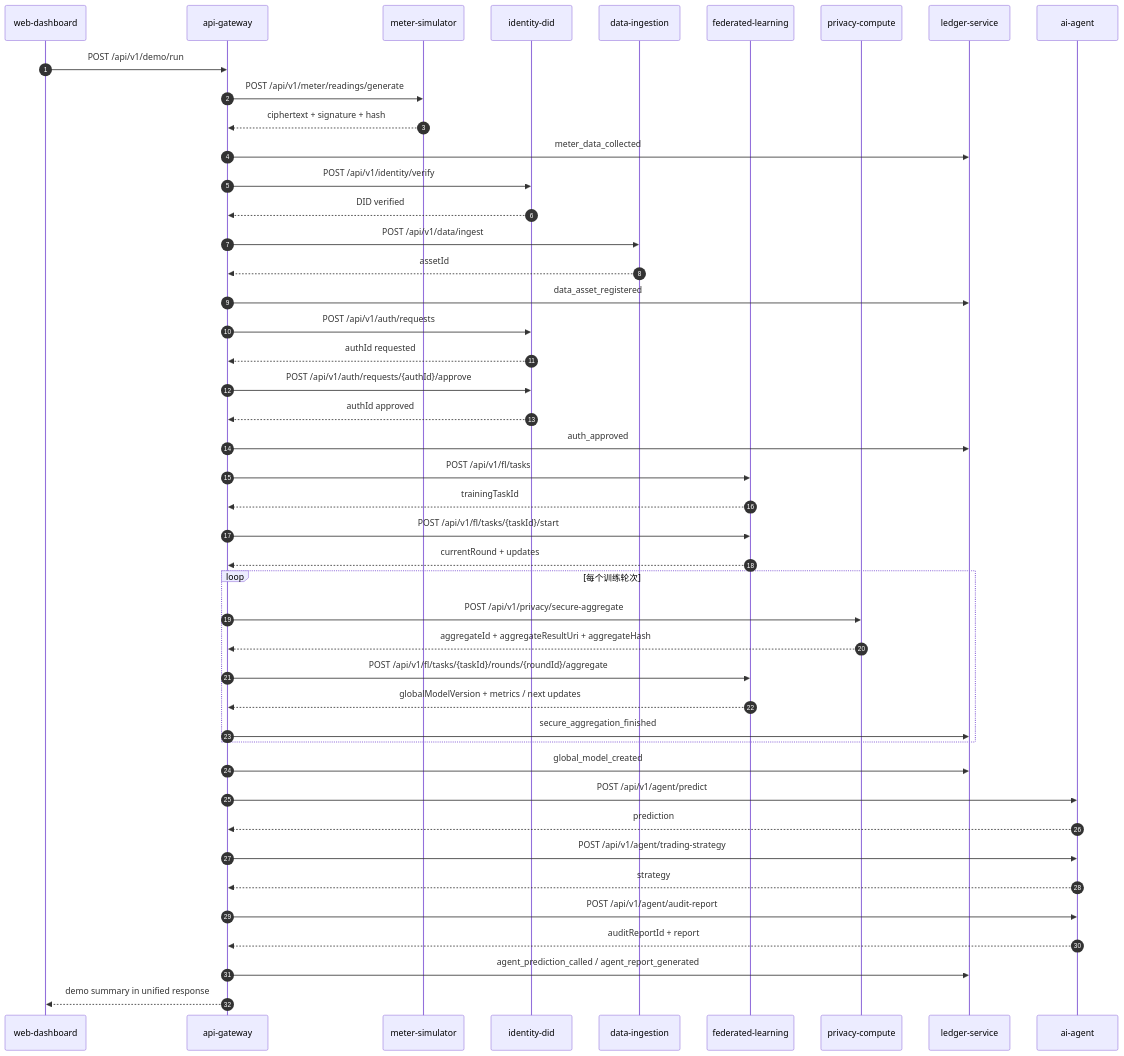
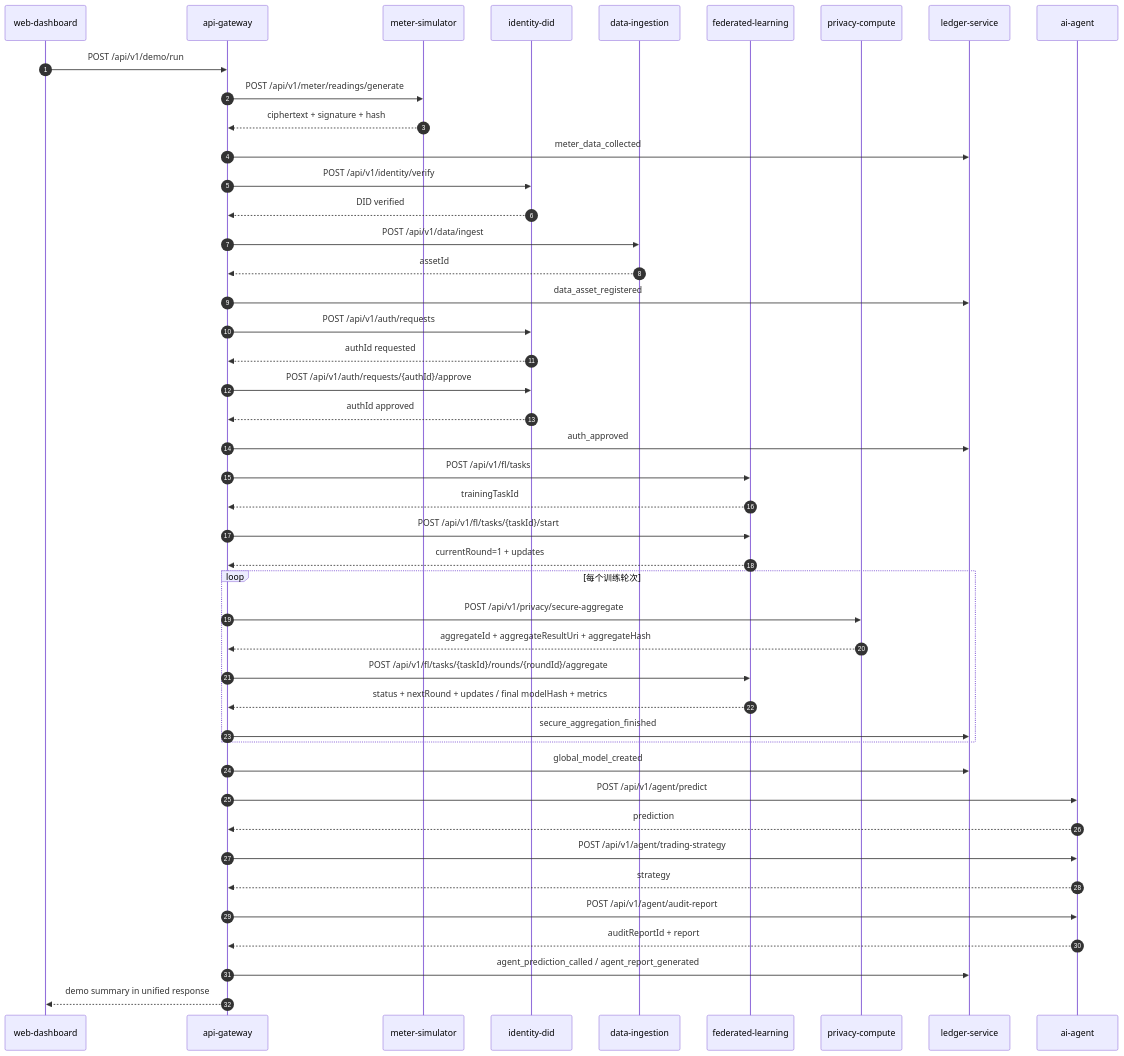
Before and after one commit to Guy-GD/vpp-trusted-data-space: the diagram in docs/design/main-flow.md, drawn with Mermaid. The commit also changed other lines of this file and 12 other files, not shown here.

````diff
--- a/docs/design/main-flow.md
+++ b/docs/design/main-flow.md
@@ -42,47 +42,47 @@
 ```mermaid
 sequenceDiagram
     autonumber
     participant UI as web-dashboard
     participant GW as api-gateway
     participant Meter as meter-simulator
     participant DID as identity-did
     participant Ingest as data-ingestion
     participant FL as federated-learning
     participant Privacy as privacy-compute
     participant Ledger as ledger-service
     participant Agent as ai-agent
     UI->>GW: POST /api/v1/demo/run
     GW->>Meter: POST /api/v1/meter/readings/generate
     Meter-->>GW: ciphertext + signature + hash
     GW->>Ledger: meter_data_collected
     GW->>DID: POST /api/v1/identity/verify
     DID-->>GW: DID verified
     GW->>Ingest: POST /api/v1/data/ingest
     Ingest-->>GW: assetId
     GW->>Ledger: data_asset_registered
     GW->>DID: POST /api/v1/auth/requests
     DID-->>GW: authId requested
     GW->>DID: POST /api/v1/auth/requests/{authId}/approve
     DID-->>GW: authId approved
     GW->>Ledger: auth_approved
     GW->>FL: POST /api/v1/fl/tasks
     FL-->>GW: trainingTaskId
     GW->>FL: POST /api/v1/fl/tasks/{taskId}/start
-    FL-->>GW: currentRound + updates
+    FL-->>GW: currentRound=1 + updates
     loop 每个训练轮次
         GW->>Privacy: POST /api/v1/privacy/secure-aggregate
         Privacy-->>GW: aggregateId + aggregateResultUri + aggregateHash
         GW->>FL: POST /api/v1/fl/tasks/{taskId}/rounds/{roundId}/aggregate
-        FL-->>GW: globalModelVersion + metrics / next updates
+        FL-->>GW: status + nextRound + updates / final modelHash + metrics
         GW->>Ledger: secure_aggregation_finished
     end
     GW->>Ledger: global_model_created
     GW->>Agent: POST /api/v1/agent/predict
     Agent-->>GW: prediction
     GW->>Agent: POST /api/v1/agent/trading-strategy
     Agent-->>GW: strategy
     GW->>Agent: POST /api/v1/agent/audit-report
     Agent-->>GW: auditReportId + report
     GW->>Ledger: agent_prediction_called / agent_report_generated
     GW-->>UI: demo summary in unified response
 ```
````
